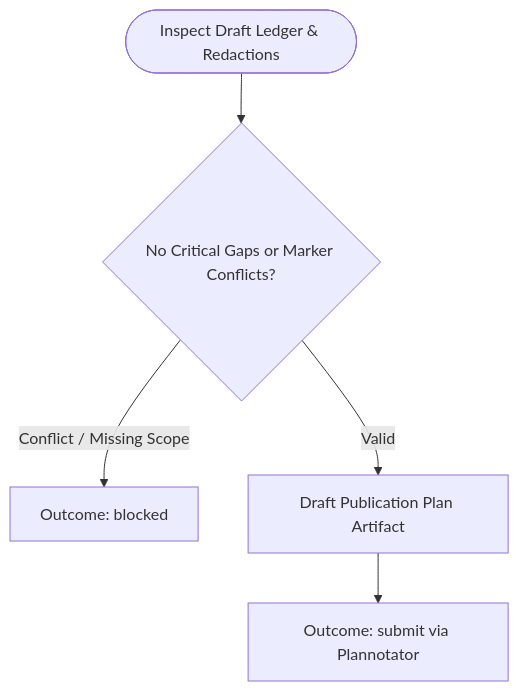
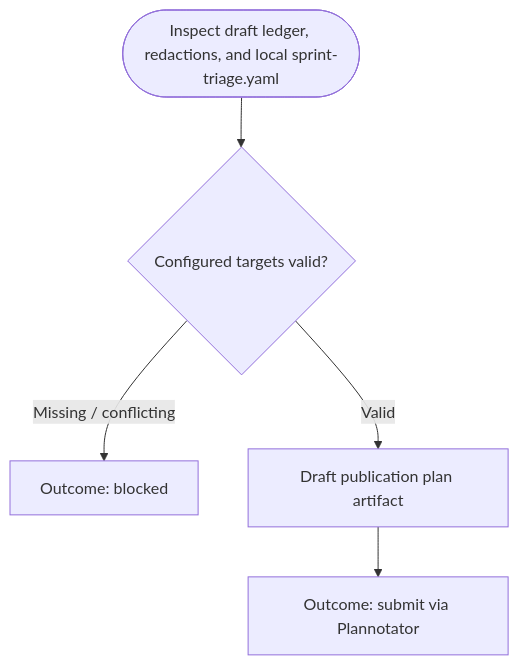
The diagram in .pi/agent/workflows/steps/sprint-triage/plan.md (wichayutdew/dotfiles), drawn with Mermaid before and after one commit. The commit also changed other lines of this file and 3 other files, not shown here.

Commit message:
fix sprint triage workflow

````diff
--- a/.pi/agent/workflows/steps/sprint-triage/plan.md
+++ b/.pi/agent/workflows/steps/sprint-triage/plan.md
@@ -14,7 +14,7 @@
 ```mermaid
 flowchart TD
-    Start([Inspect Draft Ledger & Redactions]) --> CheckIntegrity{No Critical Gaps or Marker Conflicts?}
-    CheckIntegrity -->|Conflict / Missing Scope| BlockedState[Outcome: blocked]
-    CheckIntegrity -->|Valid| DraftPlan[Draft Publication Plan Artifact]
+    Start([Inspect draft ledger, redactions, and local sprint-triage.yaml]) --> CheckTargets{Configured targets valid?}
+    CheckTargets -->|Missing / conflicting| BlockedState[Outcome: blocked]
+    CheckTargets -->|Valid| DraftPlan[Draft publication plan artifact]
     DraftPlan --> PlannotatorSubmit[Outcome: submit via Plannotator]
 ```
````
